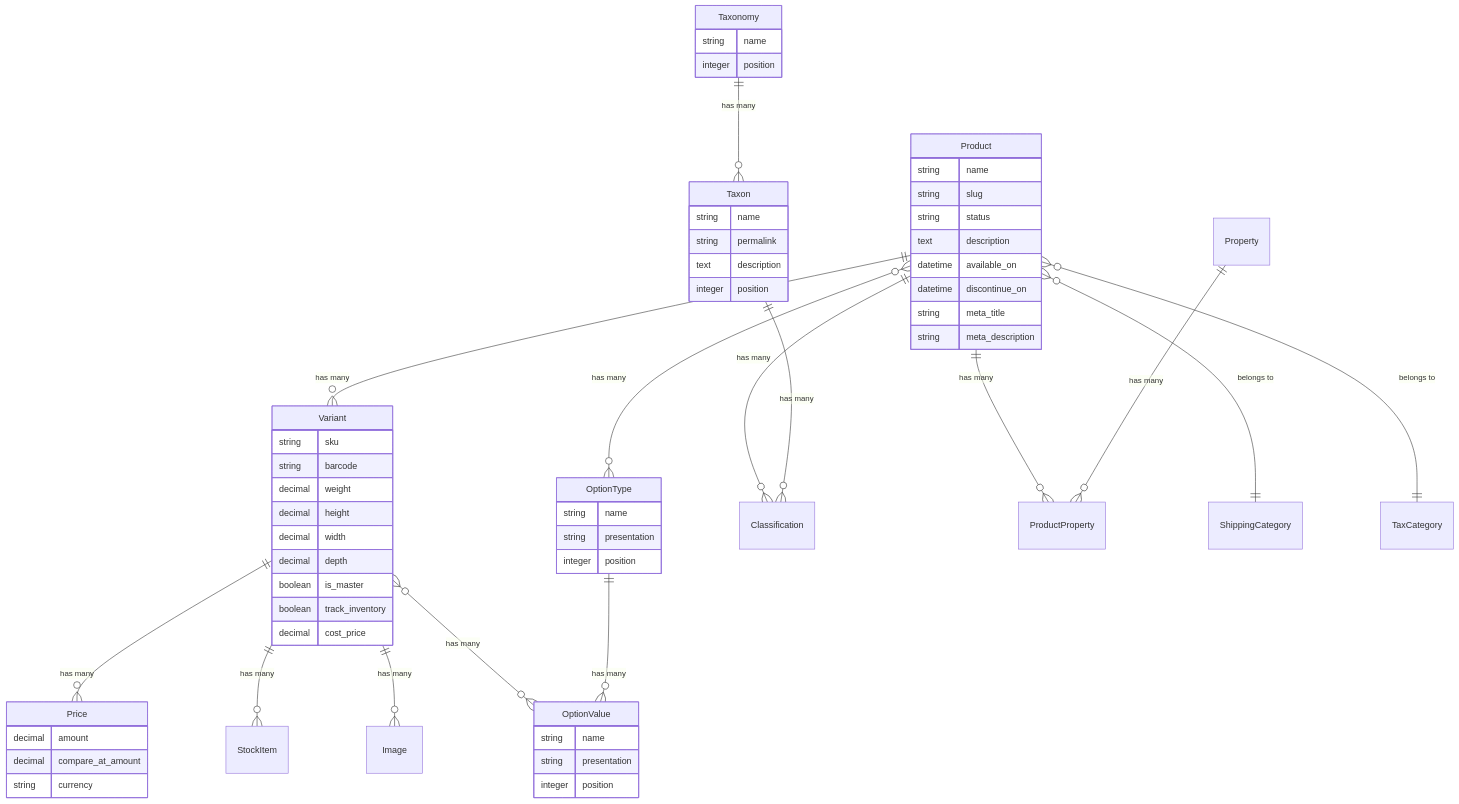
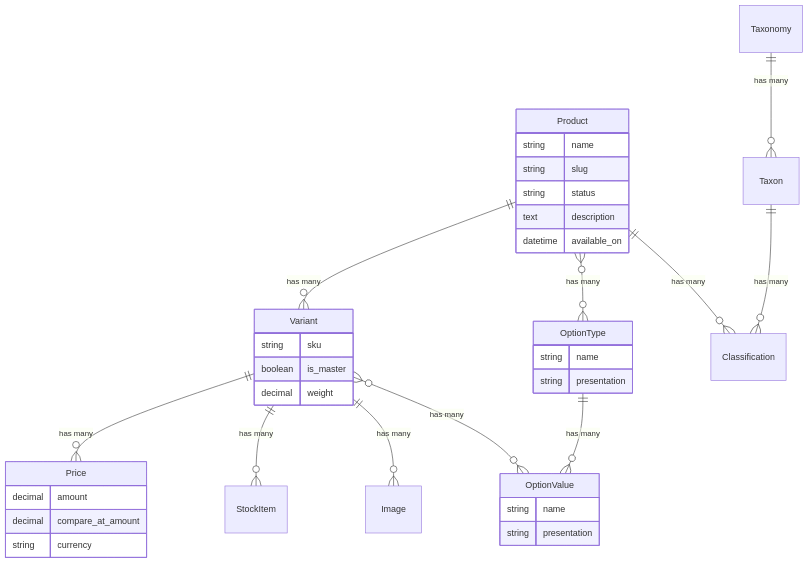
The diagram in docs/developer/core-concepts/products.mdx (spree/spree), drawn with Mermaid before and after one commit. The commit also changed other lines of this file and 363 other files, not shown here.

````diff
--- a/docs/developer/core-concepts/products.mdx
+++ b/docs/developer/core-concepts/products.mdx
@@ -15,70 +16,43 @@
 ```mermaid
 erDiagram
+    Product ||--o{ Variant : "has many"
+    Product }o--o{ OptionType : "has many"
+    Product ||--o{ Classification : "has many"
+    Variant ||--o{ Price : "has many"
+    Variant ||--o{ StockItem : "has many"
+    Variant ||--o{ Image : "has many"
+    Variant }o--o{ OptionValue : "has many"
+    OptionType ||--o{ OptionValue : "has many"
+    Taxon ||--o{ Classification : "has many"
+    Taxonomy ||--o{ Taxon : "has many"
+
     Product {
         string name
         string slug
         string status
         text description
         datetime available_on
-        datetime discontinue_on
-        string meta_title
-        string meta_description
     }
 
     Variant {
         string sku
-        string barcode
+        boolean is_master
         decimal weight
-        decimal height
-        decimal width
-        decimal depth
-        boolean is_master
-        boolean track_inventory
-        decimal cost_price
     }
 
     Price {
         decimal amount
         decimal compare_at_amount
         string currency
     }
 
     OptionType {
         string name
         string presentation
-        integer position
     }
 
     OptionValue {
         string name
         string presentation
-        integer position
     }
-
-    Taxon {
-        string name
-        string permalink
-        text description
-        integer position
-    }
-
-    Taxonomy {
-        string name
-        integer position
-    }
-
-    Product ||--o{ Variant : "has many"
-    Product }o--o{ OptionType : "has many"
-    Product ||--o{ Classification : "has many"
-    Product ||--o{ ProductProperty : "has many"
-    Product }o--|| ShippingCategory : "belongs to"
-    Product }o--|| TaxCategory : "belongs to"
-    Variant ||--o{ Price : "has many"
-    Variant ||--o{ StockItem : "has many"
-    Variant ||--o{ Image : "has many"
-    Variant }o--o{ OptionValue : "has many"
-    OptionType ||--o{ OptionValue : "has many"
-    Taxon ||--o{ Classification : "has many"
-    Taxonomy ||--o{ Taxon : "has many"
-    Property ||--o{ ProductProperty : "has many"
 ```
````
